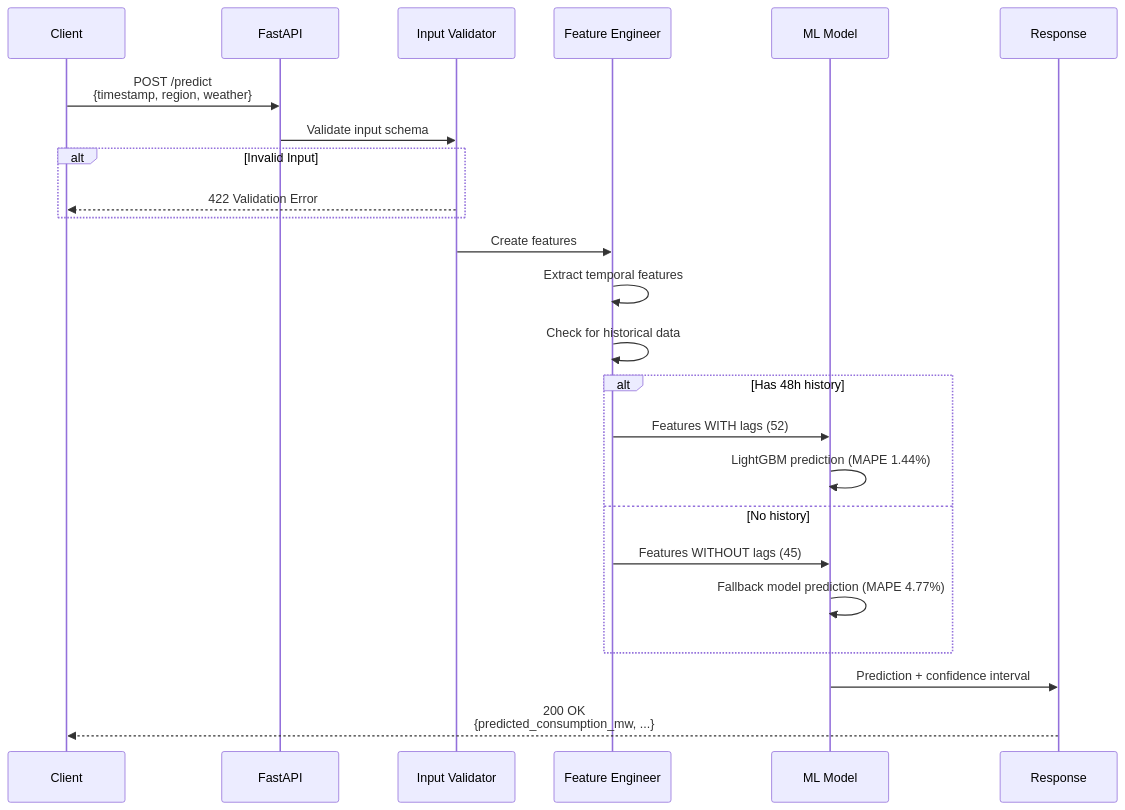
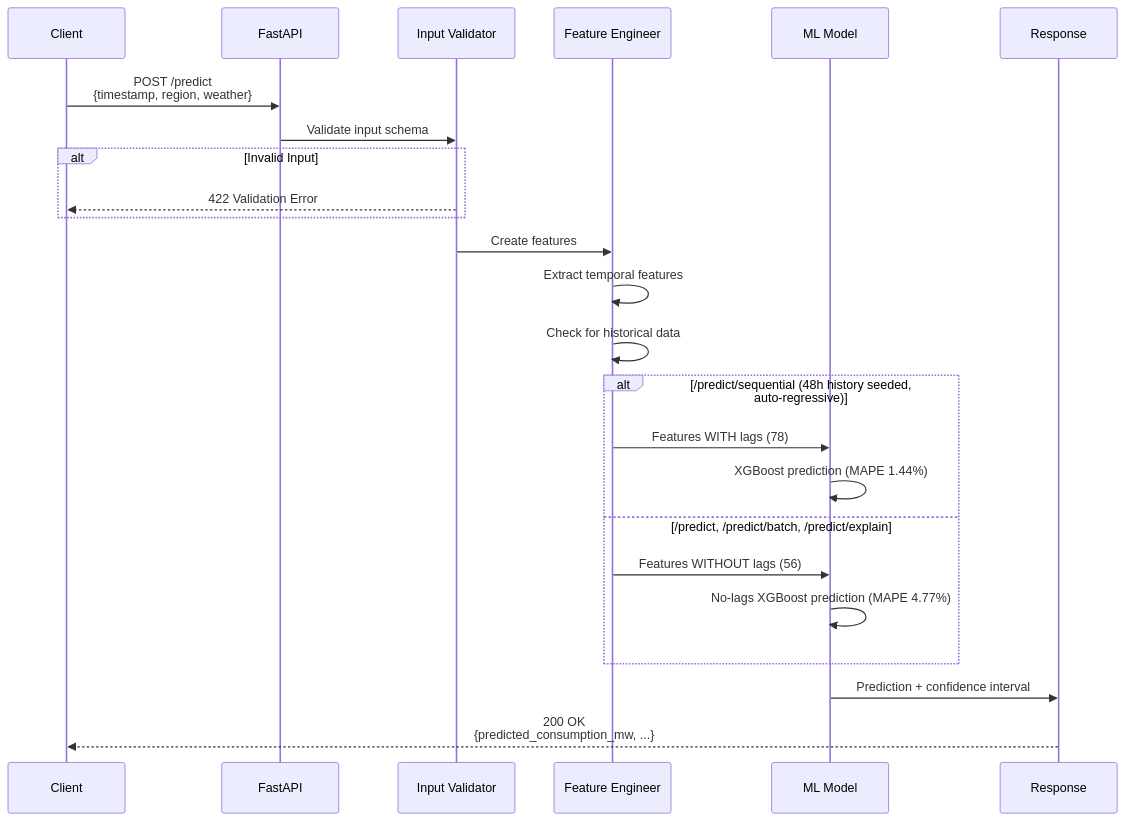
Before and after one commit to Pedrom2002/energy-forecast-pt: the third of 5 diagrams in docs/ARCHITECTURE.md, drawn with Mermaid. The commit also changed other lines of this file and 8 other files, not shown here.

````diff
--- a/docs/ARCHITECTURE.md
+++ b/docs/ARCHITECTURE.md
@@ -81,31 +82,31 @@
 ```mermaid
 sequenceDiagram
     participant Client
     participant API as FastAPI
     participant Val as Input Validator
     participant FE as Feature Engineer
     participant Model as ML Model
     participant Response
 
     Client->>API: POST /predict<br/>{timestamp, region, weather}
     API->>Val: Validate input schema
 
     alt Invalid Input
         Val-->>Client: 422 Validation Error
     end
 
     Val->>FE: Create features
     FE->>FE: Extract temporal features
     FE->>FE: Check for historical data
 
-    alt Has 48h history
-        FE->>Model: Features WITH lags (52)
-        Model->>Model: LightGBM prediction (MAPE 1.44%)
-    else No history
-        FE->>Model: Features WITHOUT lags (45)
-        Model->>Model: Fallback model prediction (MAPE 4.77%)
+    alt /predict/sequential (48h history seeded, auto-regressive)
+        FE->>Model: Features WITH lags (78)
+        Model->>Model: XGBoost prediction (MAPE 1.44%)
+    else /predict, /predict/batch, /predict/explain
+        FE->>Model: Features WITHOUT lags (56)
+        Model->>Model: No-lags XGBoost prediction (MAPE 4.77%)
     end
 
     Model->>Response: Prediction + confidence interval
     Response-->>Client: 200 OK<br/>{predicted_consumption_mw, ...}
 ```
````
